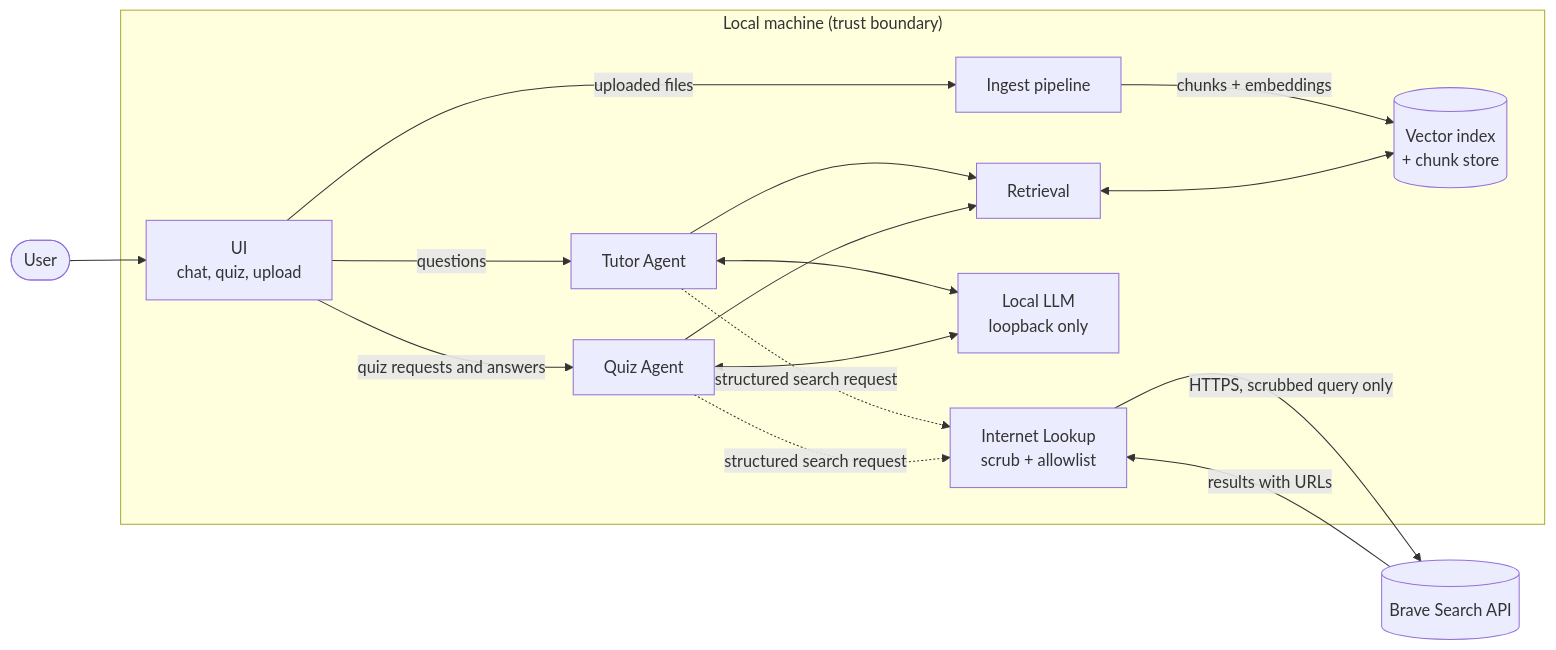
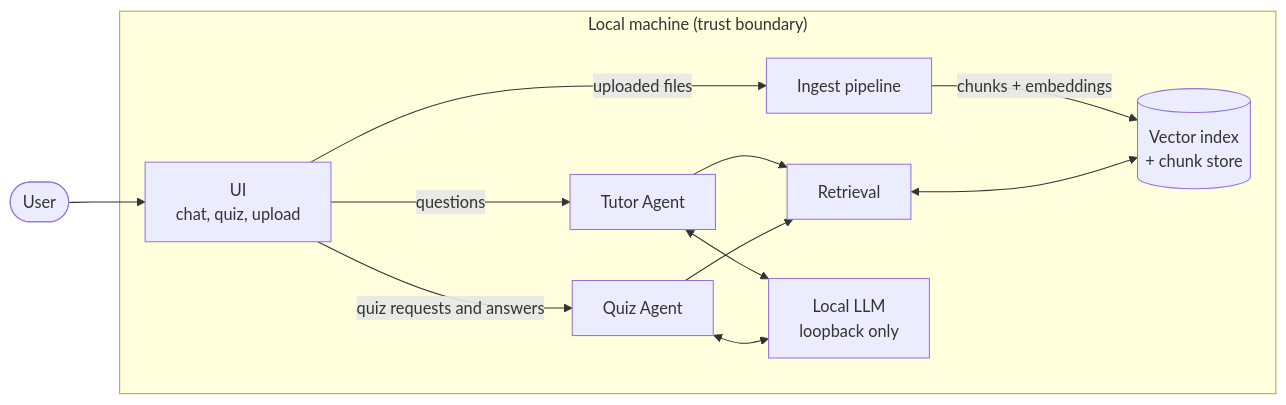
Before and after one commit to asamc/TutorAndQuizBot: the first of 5 diagrams in docs/architecure.md, drawn with Mermaid. The commit also changed other lines of this file and 9 other files, not shown here.

````diff
--- a/docs/architecure.md
+++ b/docs/architecure.md
@@ -11,32 +11,25 @@
 ```mermaid
 flowchart LR
     User([User])
 
     subgraph LOCAL["Local machine (trust boundary)"]
         UI[UI<br/>chat, quiz, upload]
         Tutor[Tutor Agent]
         Quiz[Quiz Agent]
         Retrieval[Retrieval]
         Index[(Vector index<br/>+ chunk store)]
         Ingest[Ingest pipeline]
         LLM[Local LLM<br/>loopback only]
-        Lookup[Internet Lookup<br/>scrub + allowlist]
     end
-
-    Brave[(Brave Search API)]
 
     User --> UI
     UI -->|questions| Tutor
     UI -->|quiz requests and answers| Quiz
     UI -->|uploaded files| Ingest
     Ingest -->|chunks + embeddings| Index
     Tutor --> Retrieval
     Quiz --> Retrieval
     Retrieval <--> Index
     Tutor <--> LLM
     Quiz <--> LLM
-    Tutor -.->|structured search request| Lookup
-    Quiz -.->|structured search request| Lookup
-    Lookup -->|HTTPS, scrubbed query only| Brave
-    Brave -->|results with URLs| Lookup
 ```
````
